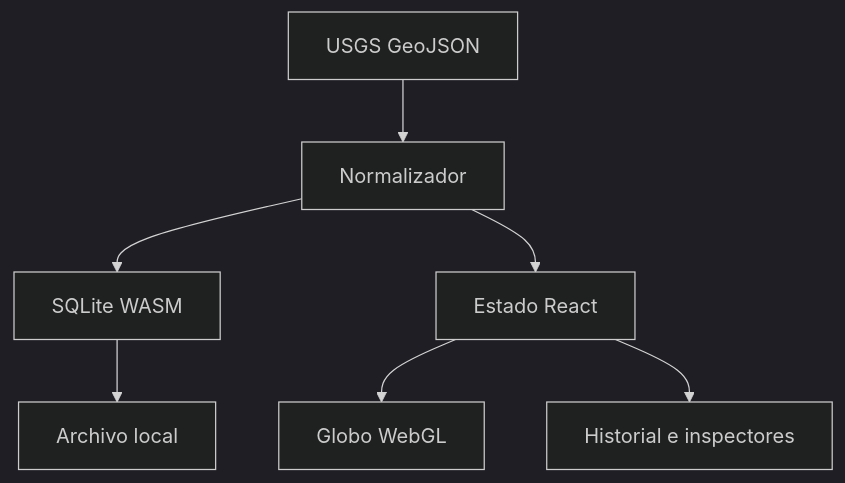
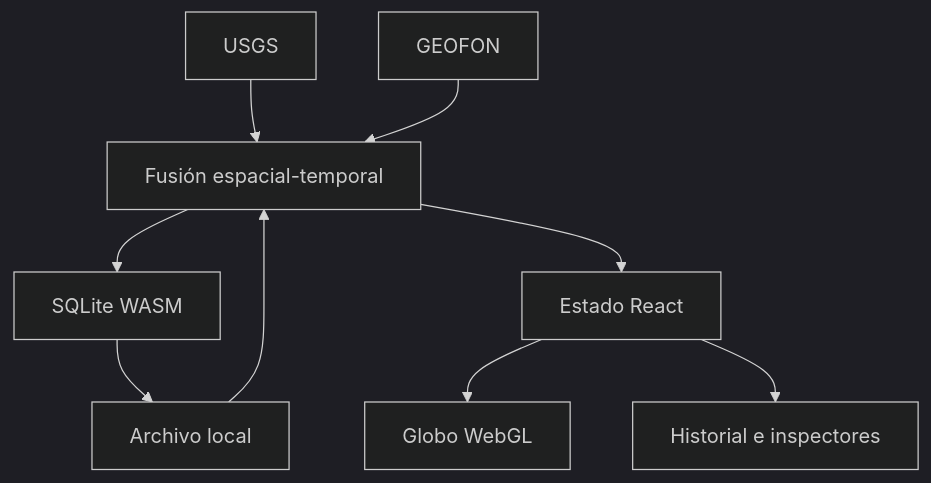
Before and after one commit to AlejandroPico/Episismic: the diagram in docs/ARCHITECTURE.md, drawn with Mermaid (dark theme). The commit also changed other lines of this file and 25 other files, not shown here.

````diff
--- a/docs/ARCHITECTURE.md
+++ b/docs/ARCHITECTURE.md
@@ -14,9 +14,11 @@
 ```mermaid
 flowchart TD
-  A[USGS GeoJSON] --> B[Normalizador]
+  A[USGS] --> B[Fusión espacial-temporal]
+  E[EMSC] --> B
+  H[GEOFON] --> B
   B --> C[SQLite WASM]
   B --> D[Estado React]
   C --> E[Archivo local]
   D --> F[Globo WebGL]
   D --> G[Historial e inspectores]
 ```
````
